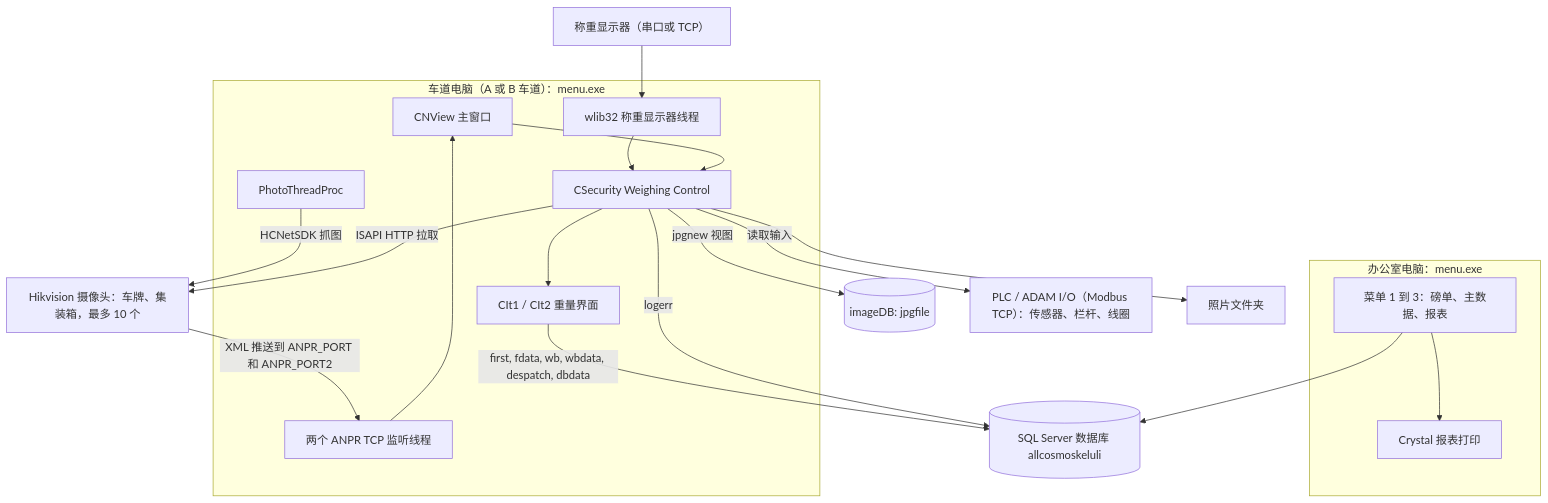
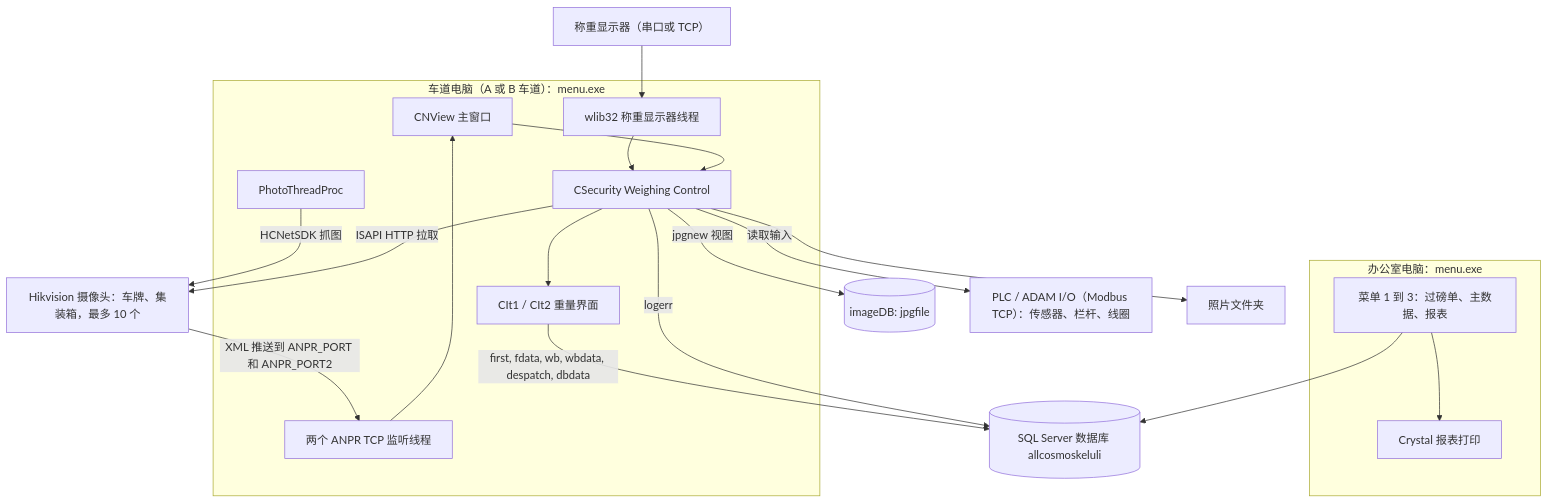
Before and after one commit to Domain-Application/Application_All_Cosmos: the third of 10 diagrams in docs/MODULE_REFERENCE.zh-CN.md, drawn with Mermaid. The commit also changed other lines of this file and 1 other file, not shown here.

Commit message:
docs: Chinese terms aligned (过磅单 for ticket, 合约 for contract) in glossary and prose, EN and zh-CN

````diff
--- a/docs/MODULE_REFERENCE.zh-CN.md
+++ b/docs/MODULE_REFERENCE.zh-CN.md
@@ -619,36 +619,36 @@
 ```mermaid
 flowchart TB
   subgraph LanePC["车道电脑（A 或 B 车道）：menu.exe"]
     CNV["CNView 主窗口"]
     SEC["CSecurity Weighing Control"]
     IT["CIt1 / CIt2 重量界面"]
     LISTEN["两个 ANPR TCP 监听线程"]
     PHOTO["PhotoThreadProc"]
     COMM["wlib32 称重显示器线程"]
   end
   subgraph Office["办公室电脑：menu.exe"]
-    MENU["菜单 1 到 3：磅单、主数据、报表"]
+    MENU["菜单 1 到 3：过磅单、主数据、报表"]
     CRY["Crystal 报表打印"]
   end
   SQL[("SQL Server 数据库 allcosmoskeluli")]
   IMG[("imageDB: jpgfile")]
   IND["称重显示器（串口或 TCP）"]
   PLC["PLC / ADAM I/O（Modbus TCP）：传感器、栏杆、线圈"]
   CAM["Hikvision 摄像头：车牌、集装箱，最多 10 个"]
   PIC["照片文件夹"]
   IND --> COMM
   COMM --> SEC
   CNV --> SEC
   SEC --> IT
   CAM -- "XML 推送到 ANPR_PORT 和 ANPR_PORT2" --> LISTEN
   LISTEN --> CNV
   PHOTO -- "HCNetSDK 抓图" --> CAM
   SEC -- "ISAPI HTTP 拉取" --> CAM
   SEC -- "读取输入" --> PLC
   IT -- "first, fdata, wb, wbdata, despatch, dbdata" --> SQL
   SEC -- "logerr" --> SQL
   SEC --> PIC
   SEC -- "jpgnew 视图" --> IMG
   MENU --> SQL
   MENU --> CRY
 ```
````
